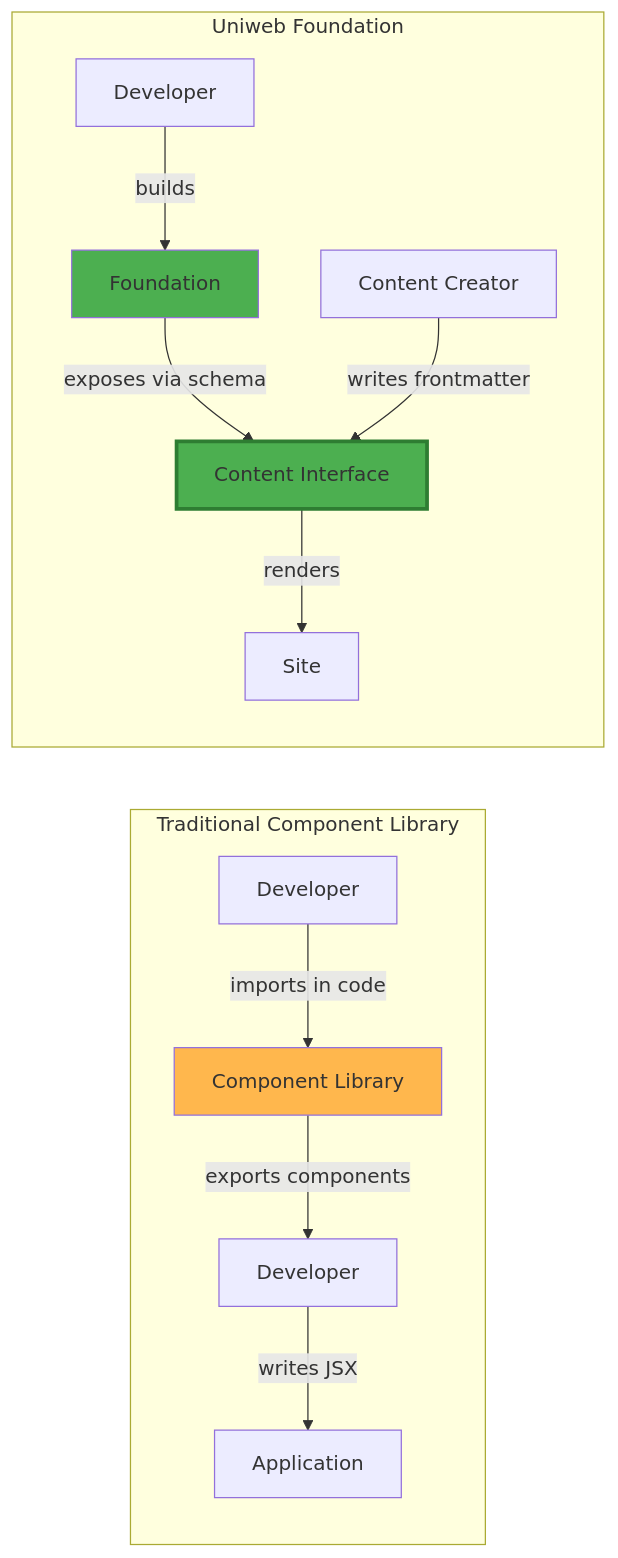
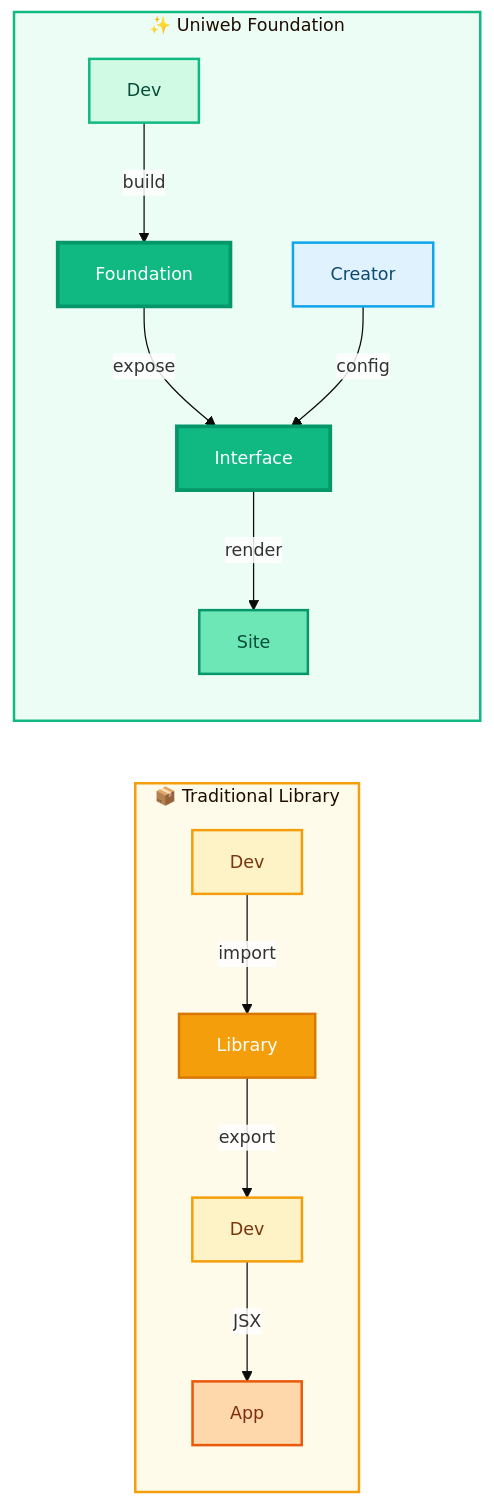
Before and after one commit to uniwebcms/framework: the second of 8 diagrams in docs/uniweb-diagrams.md, drawn with Mermaid. The commit also changed other lines of this file, not shown here.

Commit message:
Improve diagrams

````diff
--- a/docs/uniweb-diagrams.md
+++ b/docs/uniweb-diagrams.md
@@ -60,21 +62,30 @@
 ```mermaid
+%%{init: {'theme':'base', 'themeVariables': { 'primaryColor':'#f59e0b','secondaryColor':'#10b981','tertiaryColor':'#e0f2fe','fontSize':'14px','edgeLabelBackground':'rgba(255, 255, 255, 0.7)'}}}%%
 graph LR
-    subgraph "Traditional Component Library"
+    subgraph TL["📦 Traditional Library"]
         direction TB
-        DEV1[Developer] -->|imports in code| LIB[Component Library]
-        LIB -->|exports components| DEV2[Developer]
-        DEV2 -->|writes JSX| APP[Application]
+        DEV1[Dev] -->|import| LIB[Library]
+        LIB -->|export| DEV2[Dev]
+        DEV2 -->|JSX| APP[App]
+        style LIB fill:#f59e0b,stroke:#d97706,stroke-width:2px,color:#fff
+        style DEV1 fill:#fef3c7,stroke:#f59e0b,stroke-width:2px,color:#78350f
+        style DEV2 fill:#fef3c7,stroke:#f59e0b,stroke-width:2px,color:#78350f
+        style APP fill:#fed7aa,stroke:#ea580c,stroke-width:2px,color:#7c2d12
     end
-    
-    subgraph "Uniweb Foundation"
+
+    subgraph UF["✨ Uniweb Foundation"]
         direction TB
-        DEV3[Developer] -->|builds| FOUND[Foundation]
-        FOUND -->|exposes via schema| INT[Content Interface]
-        CONTENT[Content Creator] -->|writes frontmatter| INT
-        INT -->|renders| SITE[Site]
+        DEV3[Dev] -->|build| FOUND[Foundation]
+        FOUND -->|expose| INT[Interface]
+        CONTENT[Creator] -->|config| INT
+        INT -->|render| SITE[Site]
+        style FOUND fill:#10b981,stroke:#059669,stroke-width:3px,color:#fff
+        style INT fill:#10b981,stroke:#059669,stroke-width:3px,color:#fff
+        style DEV3 fill:#d1fae5,stroke:#10b981,stroke-width:2px,color:#064e3b
+        style CONTENT fill:#e0f2fe,stroke:#0ea5e9,stroke-width:2px,color:#0c4a6e
+        style SITE fill:#6ee7b7,stroke:#059669,stroke-width:2px,color:#064e3b
     end
-    
-    style LIB fill:#ffb74d
-    style FOUND fill:#4caf50
-    style INT fill:#4caf50,stroke:#2e7d32,stroke-width:3px
+
+    style TL fill:#fffbeb,stroke:#f59e0b,stroke-width:2px
+    style UF fill:#ecfdf5,stroke:#10b981,stroke-width:2px
 ```
````
